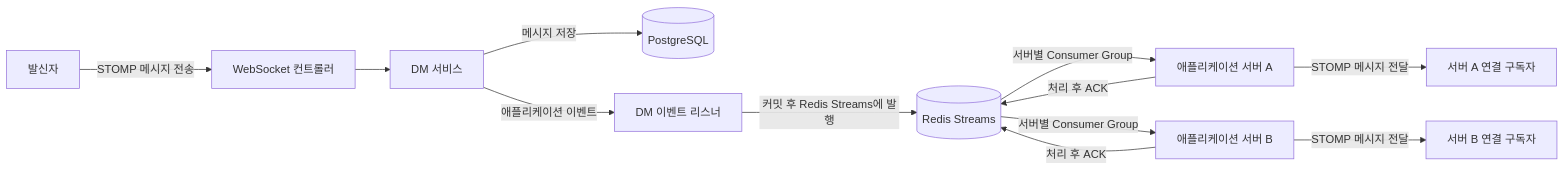
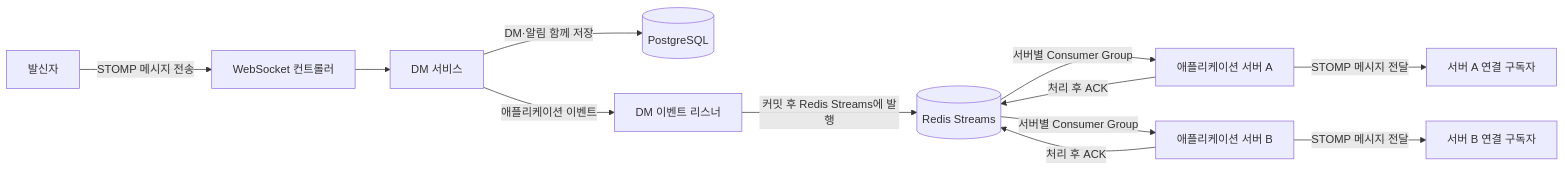
The first of 3 diagrams in README.md (HOGUN00/otboo-advance), drawn with Mermaid before and after one commit. The commit also changed other lines of this file, not shown here.

````diff
--- a/README.md
+++ b/README.md
@@ -45,15 +45,15 @@
 ```mermaid
 flowchart LR
     Sender[발신자] -->|STOMP 메시지 전송| WS[WebSocket 컨트롤러]
     WS --> Service[DM 서비스]
-    Service -->|메시지 저장| DB[(PostgreSQL)]
+    Service -->|DM·알림 함께 저장| DB[(PostgreSQL)]
     Service -->|애플리케이션 이벤트| Listener[DM 이벤트 리스너]
     Listener -->|커밋 후 Redis Streams에 발행| Stream[(Redis Streams)]
 
     Stream -->|서버별 Consumer Group| App1[애플리케이션 서버 A]
     Stream -->|서버별 Consumer Group| App2[애플리케이션 서버 B]
     App1 -->|STOMP 메시지 전달| Receiver1[서버 A 연결 구독자]
     App2 -->|STOMP 메시지 전달| Receiver2[서버 B 연결 구독자]
     App1 -->|처리 후 ACK| Stream
     App2 -->|처리 후 ACK| Stream
 ```
````
